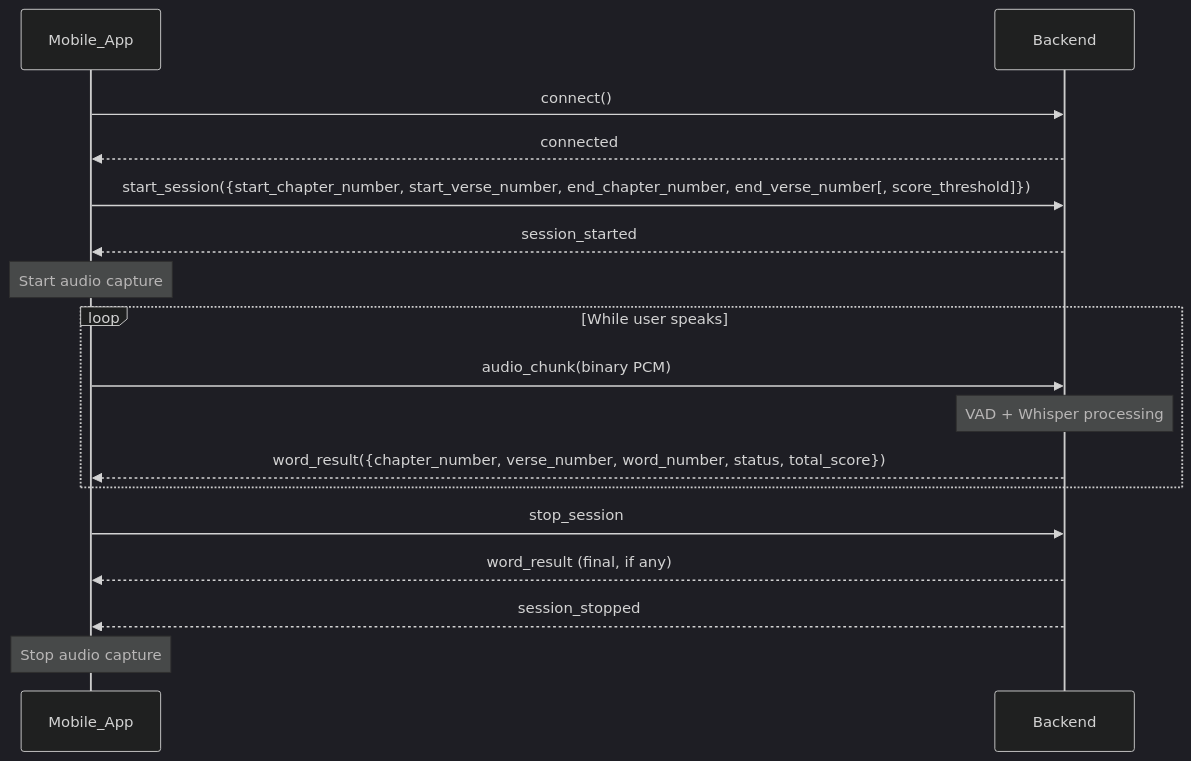
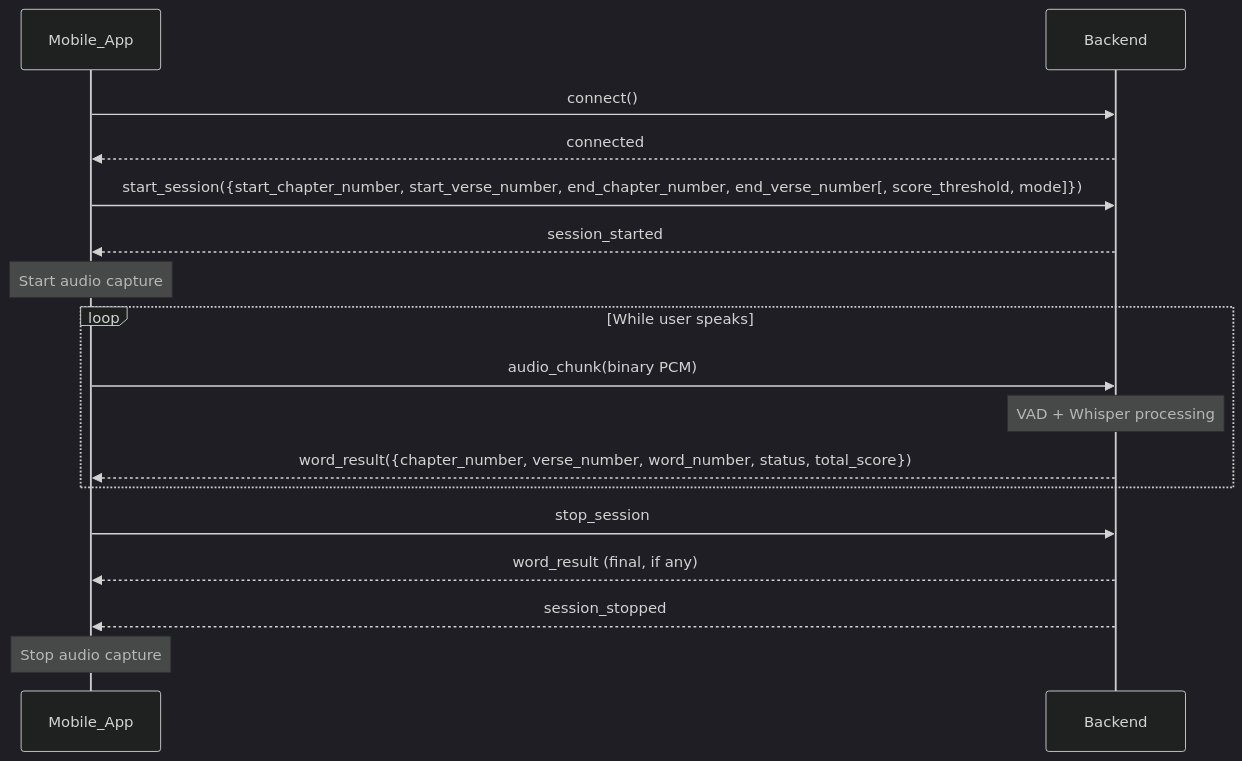
Before and after one commit to basemkhirat/pyquran2: the first of 9 diagrams in guide/reference/sequence-diagram.md, drawn with Mermaid (dark theme). The commit also changed 16 other files, not shown here.

First line of the commit message:
Implement session mode feature for improved recitation experience

````diff
--- a/guide/reference/sequence-diagram.md
+++ b/guide/reference/sequence-diagram.md
@@ -9,25 +9,25 @@
 ```mermaid
 sequenceDiagram
     participant App as Mobile_App
     participant Server as Backend
 
     App->>Server: connect()
     Server-->>App: connected
 
-    App->>Server: start_session({start_chapter_number, start_verse_number, end_chapter_number, end_verse_number[, score_threshold]})
+    App->>Server: start_session({start_chapter_number, start_verse_number, end_chapter_number, end_verse_number[, score_threshold, mode]})
     Server-->>App: session_started
 
     Note over App: Start audio capture
 
     loop While user speaks
         App->>Server: audio_chunk(binary PCM)
         Note over Server: VAD + Whisper processing
         Server-->>App: word_result({chapter_number, verse_number, word_number, status, total_score})
     end
 
     App->>Server: stop_session
     Server-->>App: word_result (final, if any)
     Server-->>App: session_stopped
 
     Note over App: Stop audio capture
 ```
````
